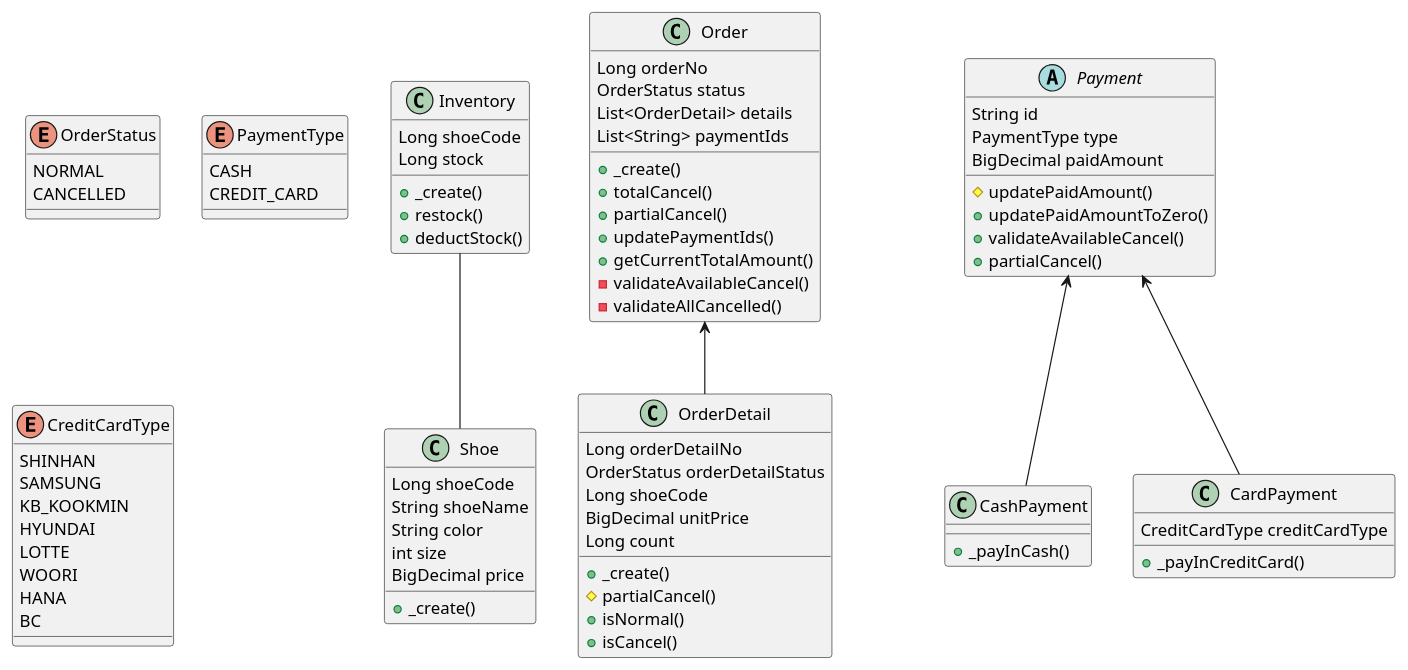
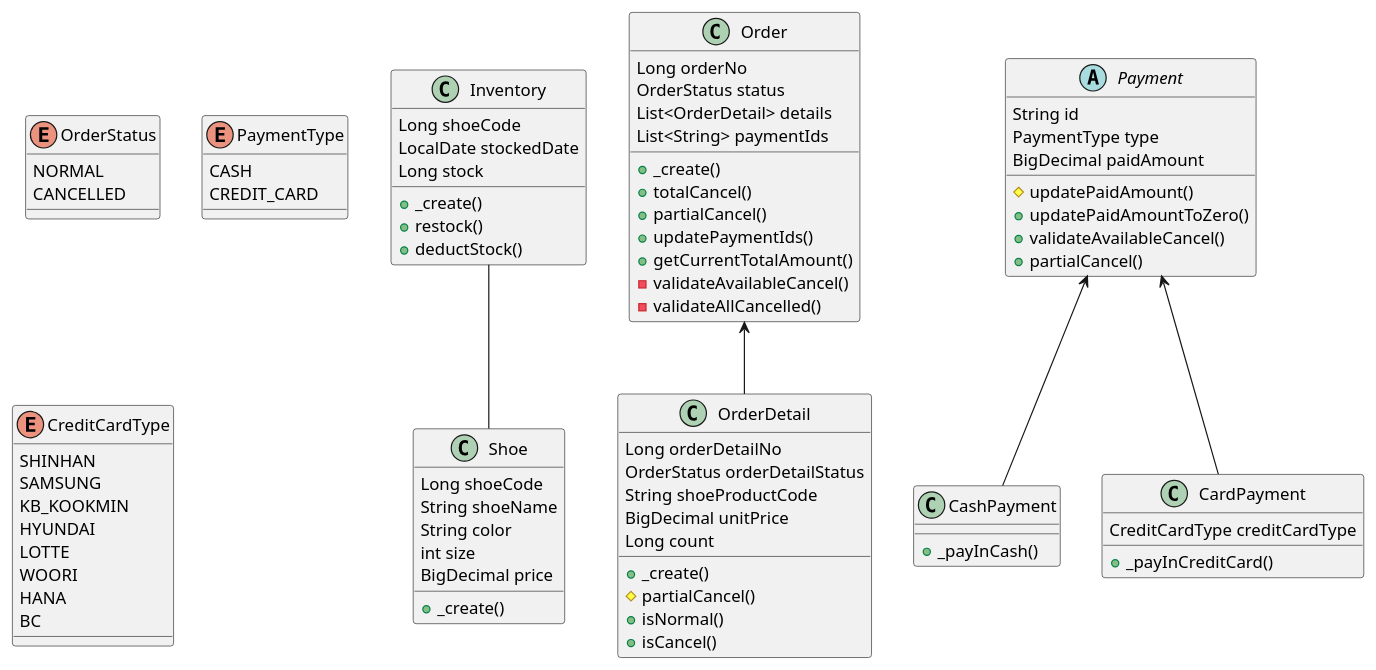
One commit to ABC-Mart-Owners-club/namjoon-shoe-store changed the diagram in docs/DomainStructure.puml. Above: the diagram before and after it, drawn with PlantUML.

Commit message:
Docs : [#7] add stockedDate in inventory

```diff
--- a/docs/DomainStructure.puml
+++ b/docs/DomainStructure.puml
@@ -1,91 +1,92 @@
 @startuml
 
 class Shoe {
 Long shoeCode
 String shoeName
 String color
 int size
 BigDecimal price
 + _create()
 }
 
 enum OrderStatus {
 NORMAL
 CANCELLED
 }
 
 class Order {
 Long orderNo
 OrderStatus status
 List<OrderDetail> details
 List<String> paymentIds
 + _create()
 + totalCancel()
 + partialCancel()
 + updatePaymentIds()
 + getCurrentTotalAmount()
 - validateAvailableCancel()
 - validateAllCancelled()
 }
 
 class OrderDetail {
 Long orderDetailNo
 OrderStatus orderDetailStatus
-Long shoeCode
+String shoeProductCode
 BigDecimal unitPrice
 Long count
 + _create()
 # partialCancel()
 + isNormal()
 + isCancel()
 }
 
 enum PaymentType {
 CASH
 CREDIT_CARD
 }
 
 enum CreditCardType {
 SHINHAN
 SAMSUNG
 KB_KOOKMIN
 HYUNDAI
 LOTTE
 WOORI
 HANA
 BC
 }
 
 abstract class Payment {
 String id
 PaymentType type
 BigDecimal paidAmount
 # updatePaidAmount()
 + updatePaidAmountToZero()
 + validateAvailableCancel()
 + partialCancel()
 }
 
 class CashPayment {
 + _payInCash()
 }
 
 class CardPayment {
 CreditCardType creditCardType
 + _payInCreditCard()
 }
 
 class Inventory {
 Long shoeCode
+LocalDate stockedDate
 Long stock
 + _create()
 + restock()
 + deductStock()
 }
 
 Order <-- OrderDetail
 Payment <-- CashPayment
 Payment <-- CardPayment
 Inventory -- Shoe
 
 @enduml
```
